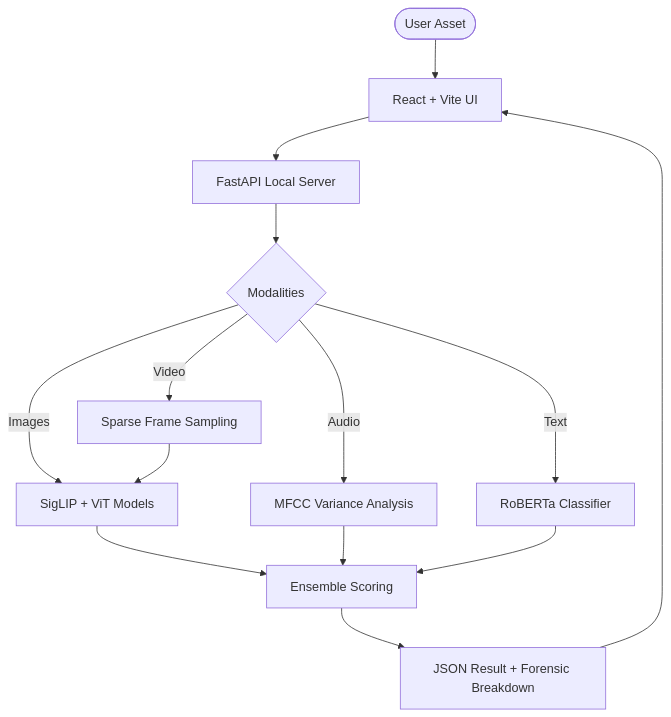
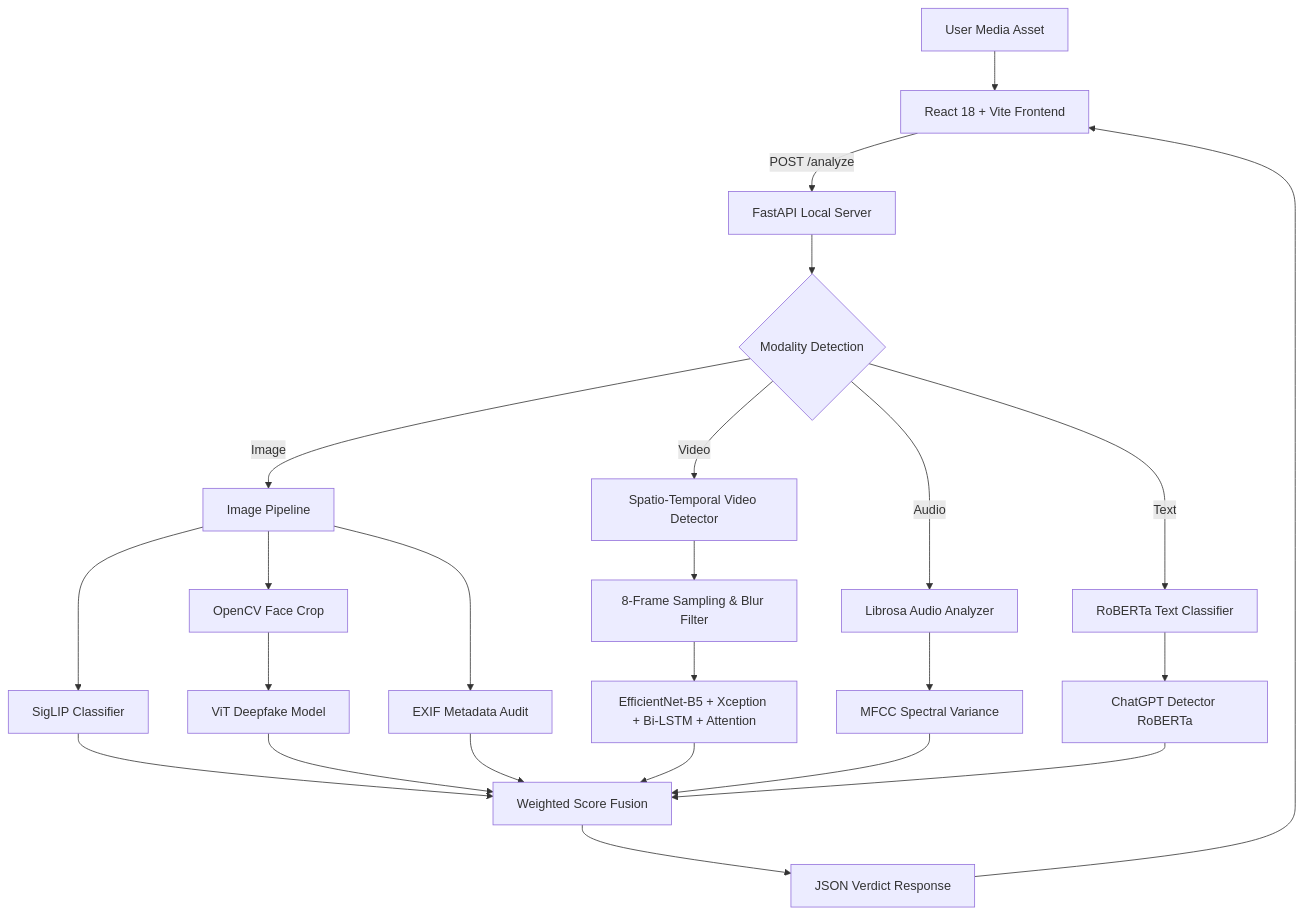
The diagram in README.md (RahulRathod90/veritas-neural), drawn with Mermaid before and after one commit. The commit also changed other lines of this file, not shown here.

````diff
--- a/README.md
+++ b/README.md
@@ -29,19 +37,33 @@
 ```mermaid
 graph TD
-    User([User Asset]) --> Frontend[React + Vite UI]
-    Frontend --> API[FastAPI Local Server]
-    API --> Processing{Modalities}
+    User[User Media Asset] --> UI[React 18 + Vite Frontend]
+    UI -->|POST /analyze| API[FastAPI Local Server]
     
-    Processing -->|Images| SigLIP[SigLIP + ViT Models]
-    Processing -->|Video| Sampling[Sparse Frame Sampling]
-    Processing -->|Audio| Librosa[MFCC Variance Analysis]
-    Processing -->|Text| RoBERTa[RoBERTa Classifier]
+    API --> Router{Modality Detection}
     
-    SigLIP --> Verdict[Ensemble Scoring]
-    Sampling --> SigLIP
-    Librosa --> Verdict
-    RoBERTa --> Verdict
+    Router -->|Image| ImgEngine[Image Pipeline]
+    ImgEngine --> SigLIP[SigLIP Classifier]
+    ImgEngine --> FaceDetect[OpenCV Face Crop]
+    FaceDetect --> ViT[ViT Deepfake Model]
+    ImgEngine --> EXIF[EXIF Metadata Audit]
     
-    Verdict --> Response[JSON Result + Forensic Breakdown]
-    Response --> Frontend
+    Router -->|Video| VidEngine[Spatio-Temporal Video Detector]
+    VidEngine --> Sampling[8-Frame Sampling & Blur Filter]
+    Sampling --> SpatioTemporal[EfficientNet-B5 + Xception + Bi-LSTM + Attention]
+    
+    Router -->|Audio| AudEngine[Librosa Audio Analyzer]
+    AudEngine --> MFCC[MFCC Spectral Variance]
+    
+    Router -->|Text| TextEngine[RoBERTa Text Classifier]
+    TextEngine --> RoBERTa[ChatGPT Detector RoBERTa]
+    
+    SigLIP --> Fusion[Weighted Score Fusion]
+    ViT --> Fusion
+    EXIF --> Fusion
+    SpatioTemporal --> Fusion
+    MFCC --> Fusion
+    RoBERTa --> Fusion
+    
+    Fusion --> Response[JSON Verdict Response]
+    Response --> UI
 ```
````
